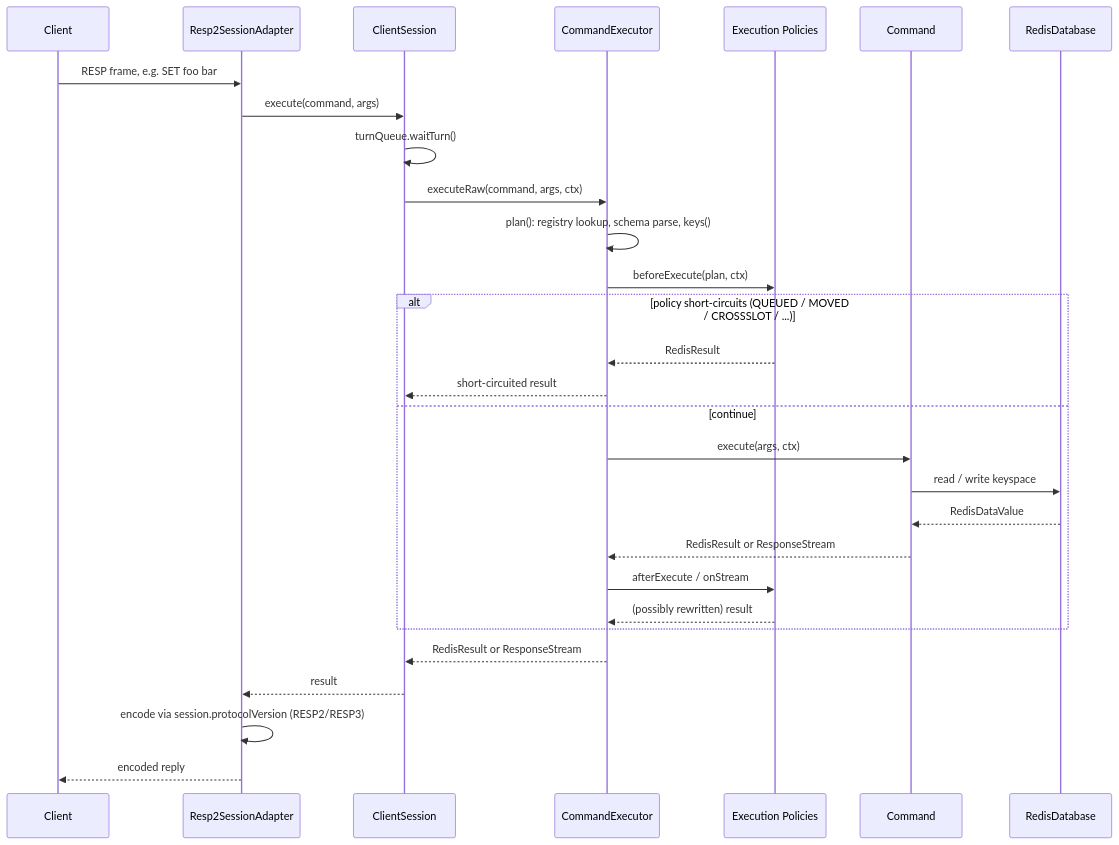
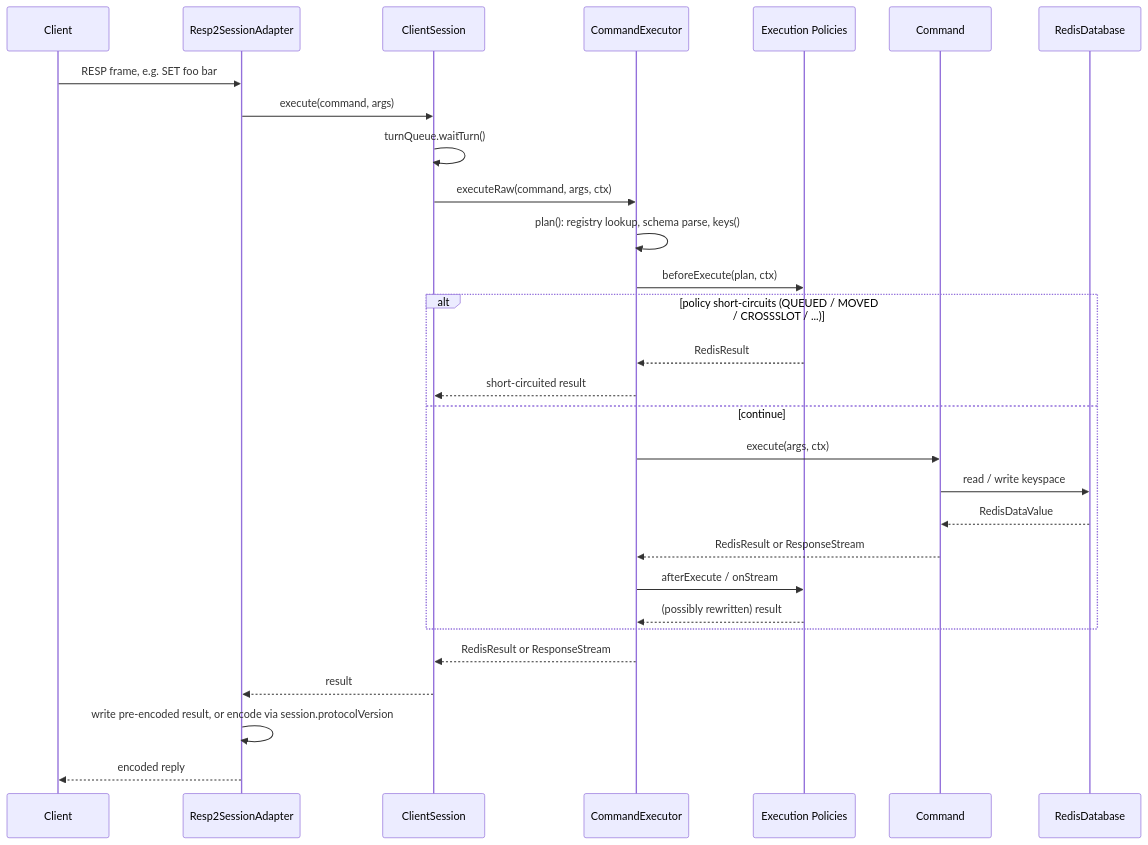
The third of 6 diagrams in docs/ARCHITECTURE.md (fatal10110/js-redis-server), drawn with Mermaid before and after one commit. The commit also changed other lines of this file and 5 other files, not shown here.

````diff
--- a/docs/ARCHITECTURE.md
+++ b/docs/ARCHITECTURE.md
@@ -150,32 +152,32 @@
 ```mermaid
 sequenceDiagram
     participant Cl as Client
     participant SA as Resp2SessionAdapter
     participant CS as ClientSession
     participant CE as CommandExecutor
     participant EP as Execution Policies
     participant Cmd as Command
     participant DB as RedisDatabase
 
     Cl->>SA: RESP frame, e.g. SET foo bar
     SA->>CS: execute(command, args)
     CS->>CS: turnQueue.waitTurn()
     CS->>CE: executeRaw(command, args, ctx)
     CE->>CE: plan(): registry lookup, schema parse, keys()
     CE->>EP: beforeExecute(plan, ctx)
     alt policy short-circuits (QUEUED / MOVED / CROSSSLOT / ...)
         EP-->>CE: RedisResult
         CE-->>CS: short-circuited result
     else continue
         CE->>Cmd: execute(args, ctx)
         Cmd->>DB: read / write keyspace
         DB-->>Cmd: RedisDataValue
         Cmd-->>CE: RedisResult or ResponseStream
         CE->>EP: afterExecute / onStream
         EP-->>CE: (possibly rewritten) result
     end
     CE-->>CS: RedisResult or ResponseStream
     CS-->>SA: result
-    SA->>SA: encode via session.protocolVersion (RESP2/RESP3)
+    SA->>SA: write pre-encoded result, or encode via session.protocolVersion
     SA-->>Cl: encoded reply
 ```
````
